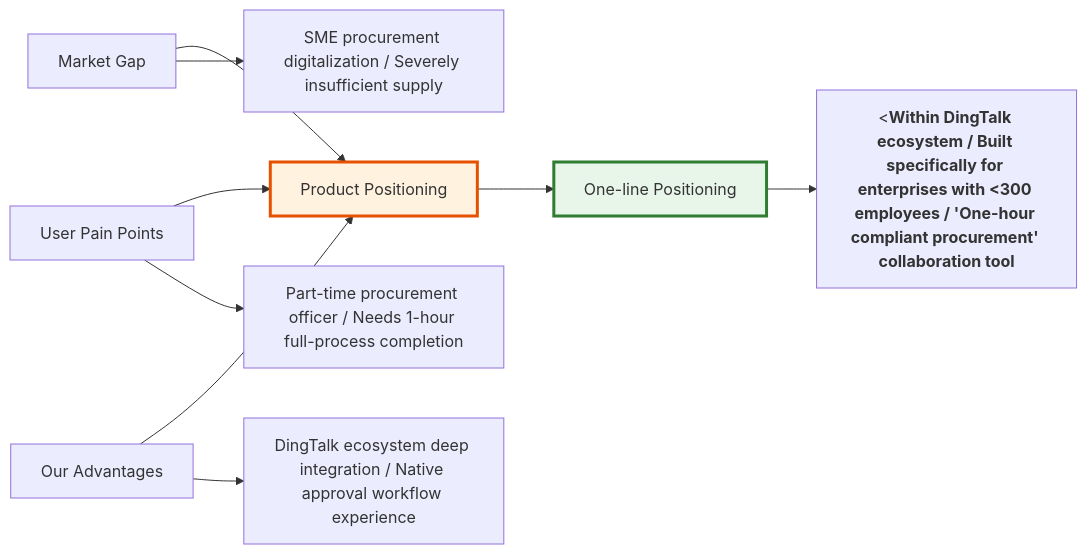
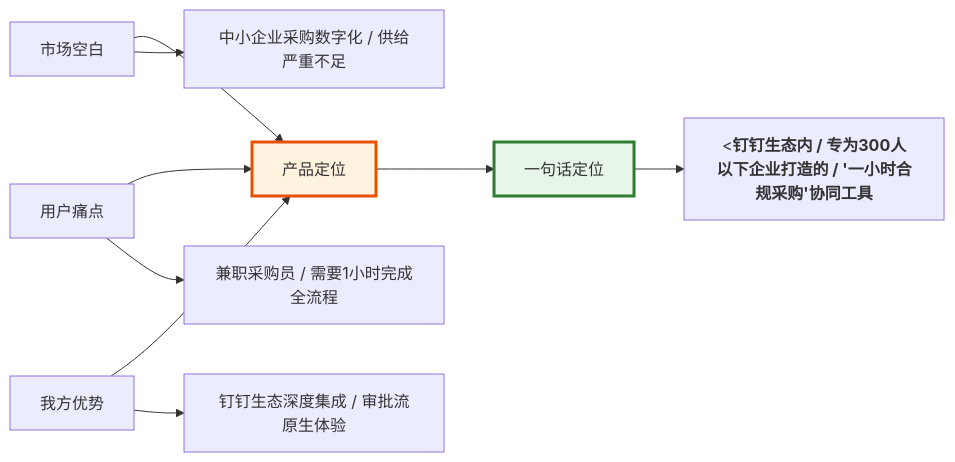
Before and after one commit to Kirky-X/cangjie: the eighth of 18 diagrams in templates/Product/Strategy/Template-MRD.md, drawn with Mermaid. The commit also changed other lines of this file and 33 other files, not shown here.

````diff
--- a/templates/Product/Strategy/Template-MRD.md
+++ b/templates/Product/Strategy/Template-MRD.md
@@ -387,15 +387,15 @@
 ```mermaid
 graph LR
-    A[Market Gap] --> B[Product Positioning]
-    C[User Pain Points] --> B
-    D[Our Advantages] --> B
-    B --> E[One-line Positioning]
+    A[市场空白] --> B[产品定位]
+    C[用户痛点] --> B
+    D[我方优势] --> B
+    B --> E[一句话定位]
 
-    A --> A1[SME procurement digitalization / Severely insufficient supply]
-    C --> C1[Part-time procurement officer / Needs 1-hour full-process completion]
-    D --> D1[DingTalk ecosystem deep integration / Native approval workflow experience]
-    E --> E1["<<b>Within DingTalk ecosystem / Built specifically for enterprises with <300 employees / 'One-hour compliant procurement' collaboration tool</b>"]
+    A --> A1[中小企业采购数字化 / 供给严重不足]
+    C --> C1[兼职采购员 / 需要1小时完成全流程]
+    D --> D1[钉钉生态深度集成 / 审批流原生体验]
+    E --> E1["<<b>钉钉生态内 / 专为300人以下企业打造的 / '一小时合规采购'协同工具</b>"]
 
     style B fill:#fff3e0,stroke:#e65100,stroke-width:3px
     style E fill:#e8f5e9,stroke:#2e7d32,stroke-width:3px
 ```
````
